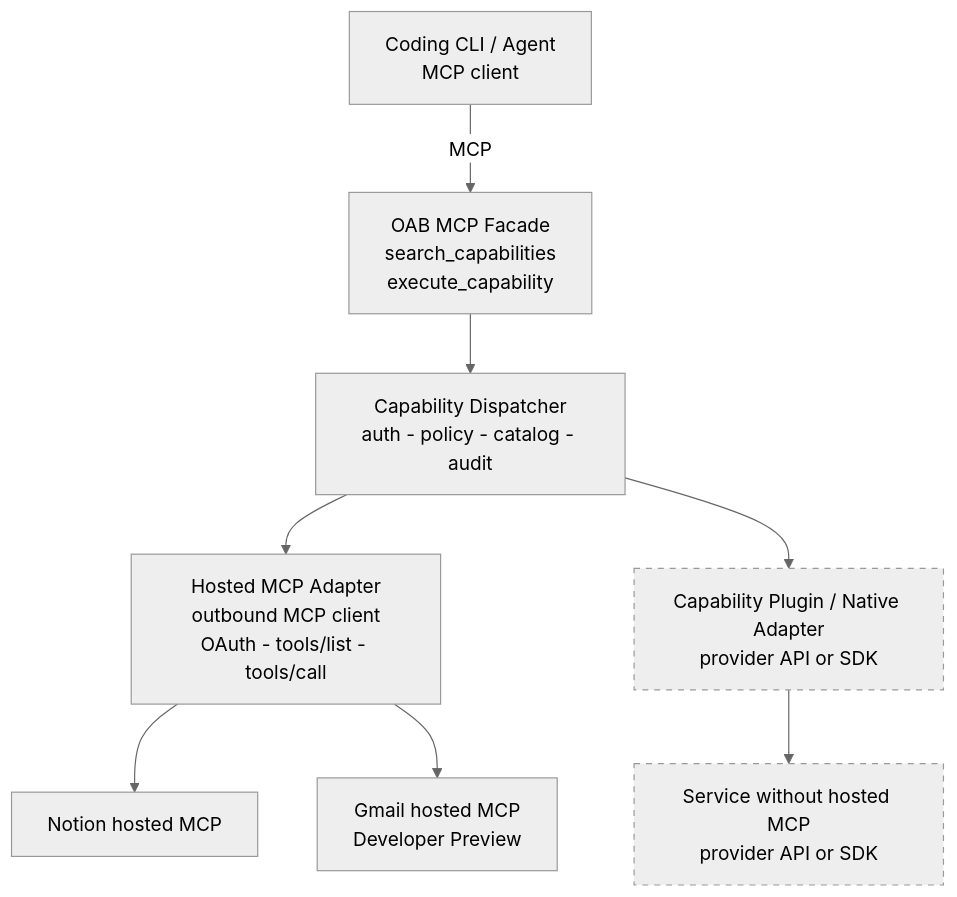
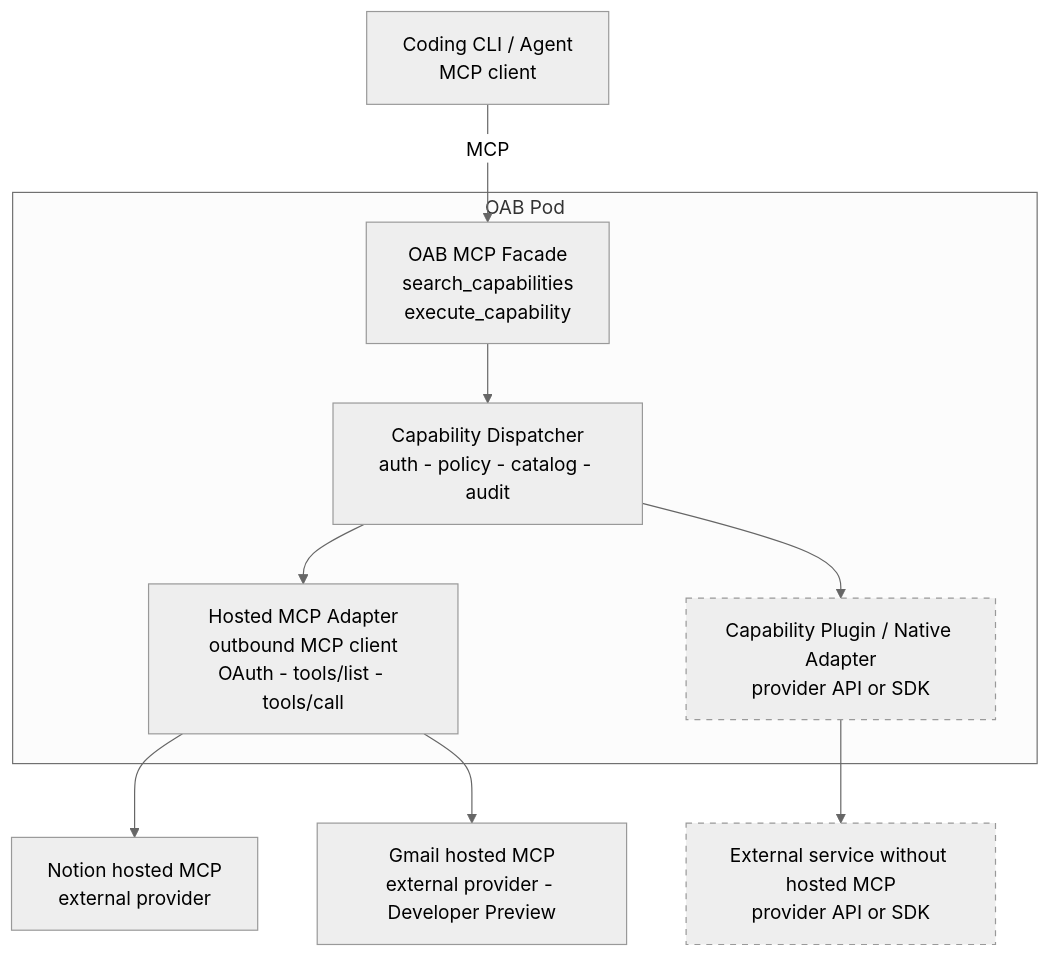
Before and after one commit to openabdev/openab: the diagram in docs/adr/oab-mcp-adapter.md, drawn with Mermaid (neutral theme). The commit also changed other lines of this file, not shown here.

Commit message:
docs(adr): show OAB pod boundary

````diff
--- a/docs/adr/oab-mcp-adapter.md
+++ b/docs/adr/oab-mcp-adapter.md
@@ -81,13 +81,27 @@
 ```mermaid
 flowchart TD
-    A["Coding CLI / Agent<br/>MCP client"] -->|MCP| F["OAB MCP Facade<br/>search_capabilities<br/>execute_capability"]
-    F --> D["Capability Dispatcher<br/>auth - policy - catalog - audit"]
-    D --> M["Hosted MCP Adapter<br/>outbound MCP client<br/>OAuth - tools/list - tools/call"]
-    D --> P["Capability Plugin / Native Adapter<br/>provider API or SDK"]
-    M --> N["Notion hosted MCP"]
-    M --> G["Gmail hosted MCP<br/>Developer Preview"]
-    P --> X["Service without hosted MCP<br/>provider API or SDK"]
+    A["Coding CLI / Agent<br/>MCP client"]
+
+    subgraph POD["OAB Pod"]
+        F["OAB MCP Facade<br/>search_capabilities<br/>execute_capability"]
+        D["Capability Dispatcher<br/>auth - policy - catalog - audit"]
+        M["Hosted MCP Adapter<br/>outbound MCP client<br/>OAuth - tools/list - tools/call"]
+        P["Capability Plugin / Native Adapter<br/>provider API or SDK"]
+
+        F --> D
+        D --> M
+        D --> P
+    end
+
+    N["Notion hosted MCP<br/>external provider"]
+    G["Gmail hosted MCP<br/>external provider - Developer Preview"]
+    X["External service without hosted MCP<br/>provider API or SDK"]
+
+    A -->|MCP| F
+    M --> N
+    M --> G
+    P --> X
 
     style P stroke-dasharray: 5 5
     style X stroke-dasharray: 5 5
 ```
````
